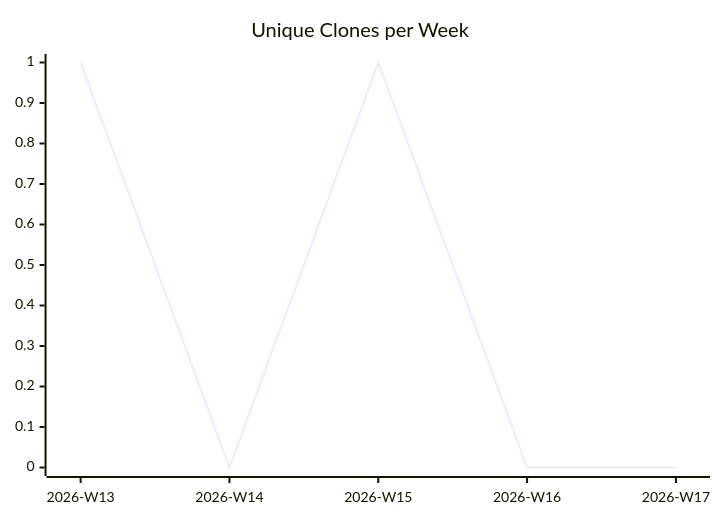
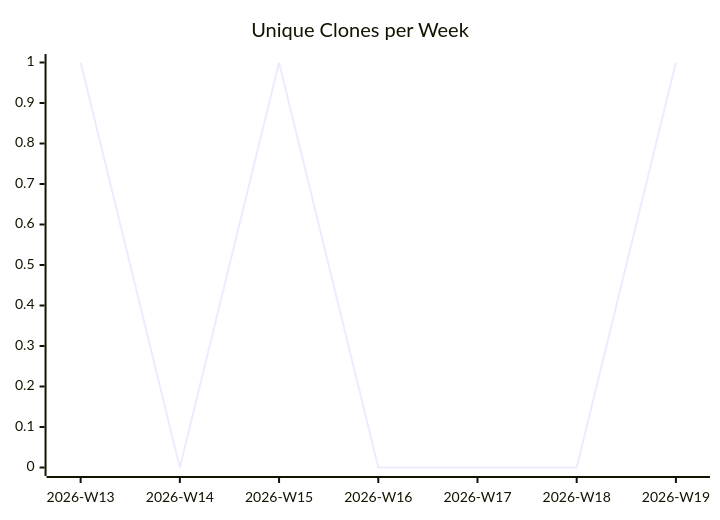
Before and after one commit to justdavis-family/github-analytics-data: the third of 3 diagrams in karlmdavis/ansible-role-acmetool/README.md, drawn with Mermaid. The commit also changed other lines of this file and 187 other files, not shown here.

````diff
--- a/karlmdavis/ansible-role-acmetool/README.md
+++ b/karlmdavis/ansible-role-acmetool/README.md
@@ -19,6 +19,6 @@
 ```mermaid
 xychart-beta
   title "Unique Clones per Week"
-  x-axis ["2026-W13", "2026-W14", "2026-W15", "2026-W16", "2026-W17"]
-  line [1, 0, 1, 0, 0]
+  x-axis ["2026-W13", "2026-W14", "2026-W15", "2026-W16", "2026-W17", "2026-W18", "2026-W19"]
+  line [1, 0, 1, 0, 0, 0, 1]
 ```
````
